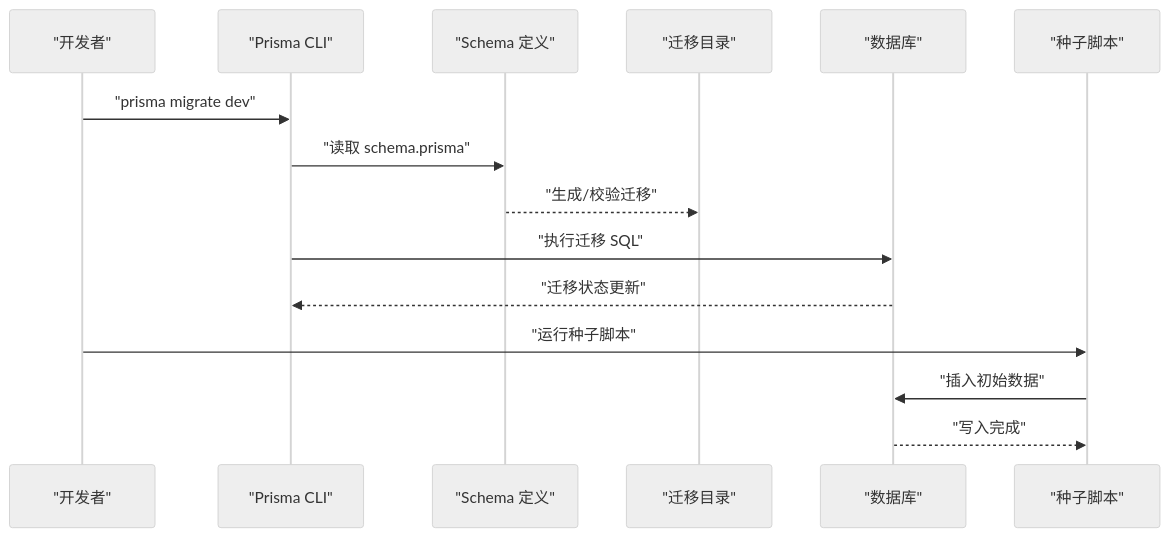
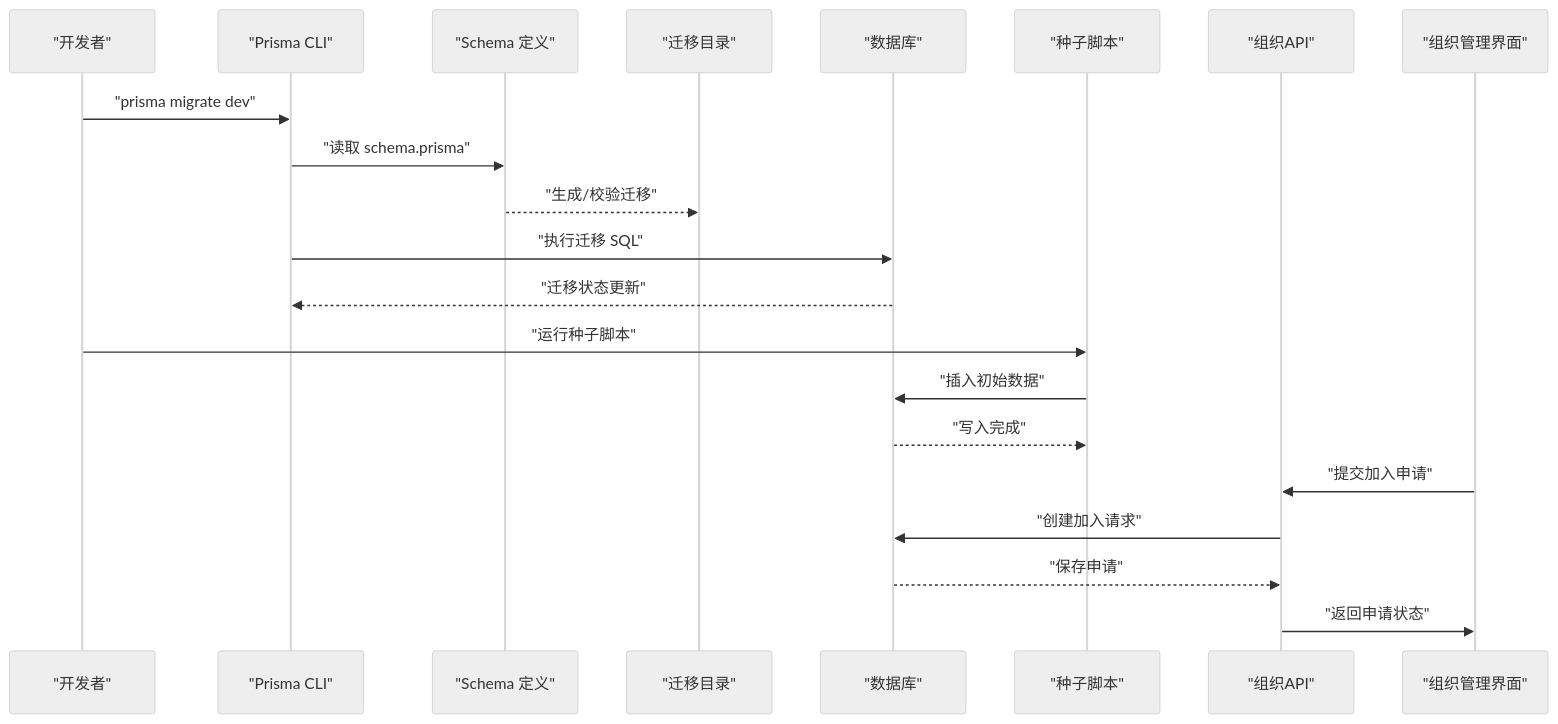
The second of 6 diagrams in .qoder/repowiki/zh/content/数据库设计/迁移与种子数据.md (tutusiji/calendar-task-manager), drawn with Mermaid (neutral theme) before and after one commit. The commit also changed other lines of this file and 4 other files, not shown here.

````diff
--- a/.qoder/repowiki/zh/content/数据库设计/迁移与种子数据.md
+++ b/.qoder/repowiki/zh/content/数据库设计/迁移与种子数据.md
@@ -102,17 +131,23 @@
 ```mermaid
 sequenceDiagram
 participant Dev as "开发者"
 participant CLI as "Prisma CLI"
 participant Schema as "Schema 定义"
 participant Migs as "迁移目录"
 participant DB as "数据库"
 participant Seed as "种子脚本"
+participant OrgAPI as "组织API"
+participant OrgUI as "组织管理界面"
 Dev->>CLI : "prisma migrate dev"
 CLI->>Schema : "读取 schema.prisma"
 Schema-->>Migs : "生成/校验迁移"
 CLI->>DB : "执行迁移 SQL"
 DB-->>CLI : "迁移状态更新"
 Dev->>Seed : "运行种子脚本"
 Seed->>DB : "插入初始数据"
 DB-->>Seed : "写入完成"
+OrgUI->>OrgAPI : "提交加入申请"
+OrgAPI->>DB : "创建加入请求"
+DB-->>OrgAPI : "保存申请"
+OrgAPI->>OrgUI : "返回申请状态"
 ```
````
